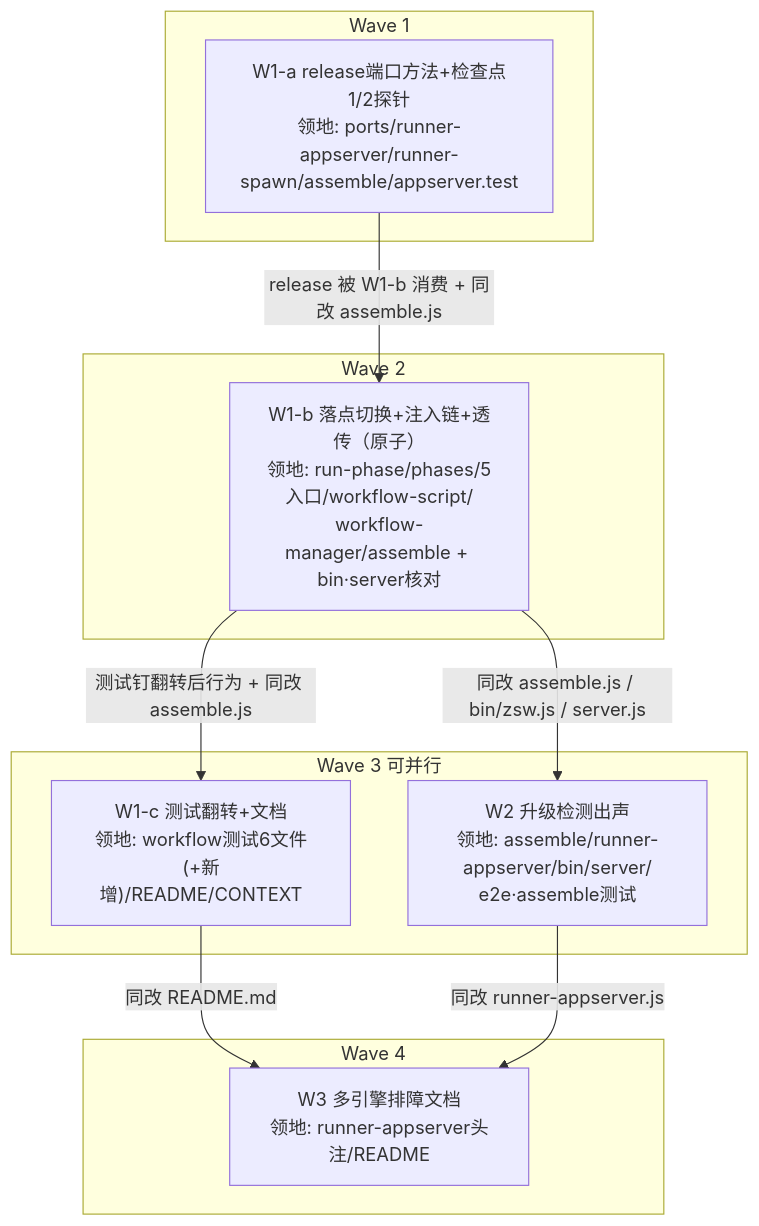
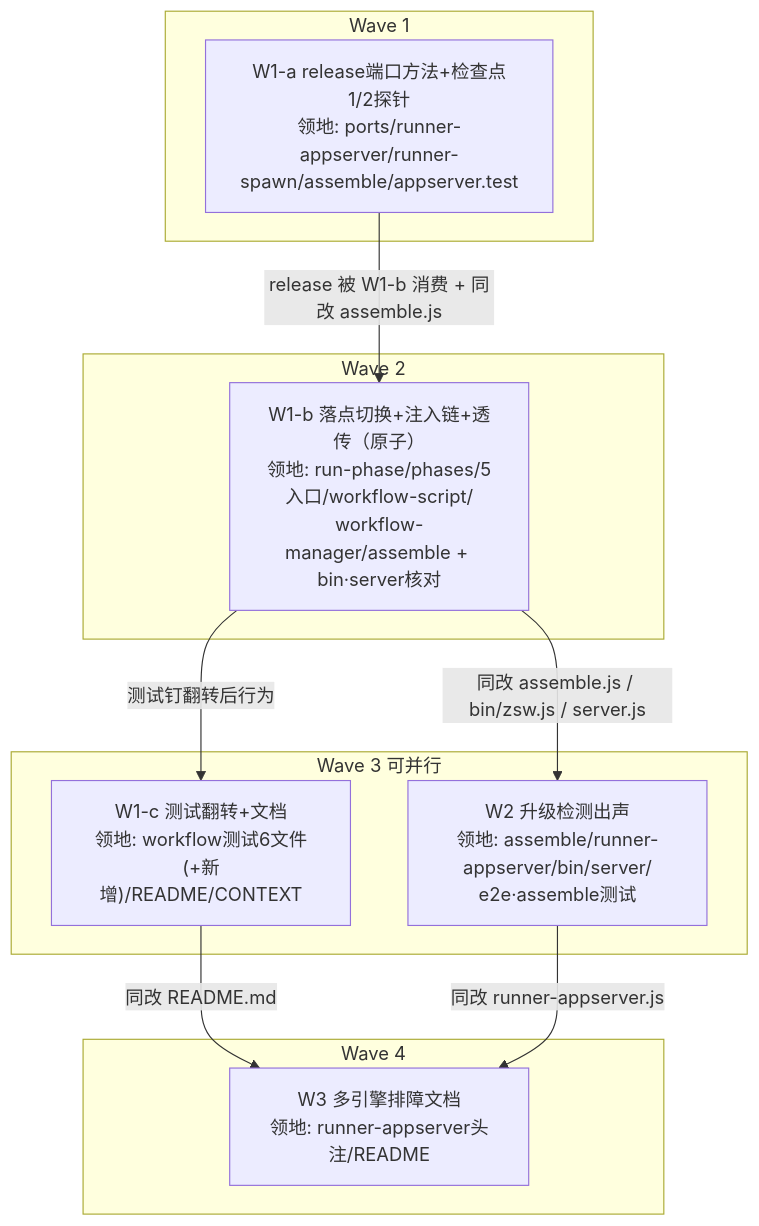
Before and after one commit to zhushanwen321/zcode-plugins: the diagram in docs/design/zsw-appserver-wave2-design.impl-plan.md, drawn with Mermaid. The commit also changed other lines of this file and 1 other file, not shown here.

````diff
--- a/docs/design/zsw-appserver-wave2-design.impl-plan.md
+++ b/docs/design/zsw-appserver-wave2-design.impl-plan.md
@@ -51,21 +51,21 @@
 ```mermaid
 graph TD
   subgraph Wave1[Wave 1]
     UA["W1-a release端口方法+检查点1/2探针<br/>领地: ports/runner-appserver/runner-spawn/assemble/appserver.test"]
   end
   subgraph Wave2[Wave 2]
     UB["W1-b 落点切换+注入链+透传（原子）<br/>领地: run-phase/phases/5入口/workflow-script/<br/>workflow-manager/assemble + bin·server核对"]
   end
   subgraph Wave3[Wave 3 可并行]
     UC["W1-c 测试翻转+文档<br/>领地: workflow测试6文件(+新增)/README/CONTEXT"]
     UW["W2 升级检测出声<br/>领地: assemble/runner-appserver/bin/server/<br/>e2e·assemble测试"]
   end
   subgraph Wave4[Wave 4]
     U3["W3 多引擎排障文档<br/>领地: runner-appserver头注/README"]
   end
   UA -->|"release 被 W1-b 消费 + 同改 assemble.js"| UB
-  UB -->|"测试钉翻转后行为 + 同改 assemble.js"| UC
+  UB -->|"测试钉翻转后行为"| UC
   UB -->|"同改 assemble.js / bin/zsw.js / server.js"| UW
   UC -->|"同改 README.md"| U3
   UW -->|"同改 runner-appserver.js"| U3
 ```
````
